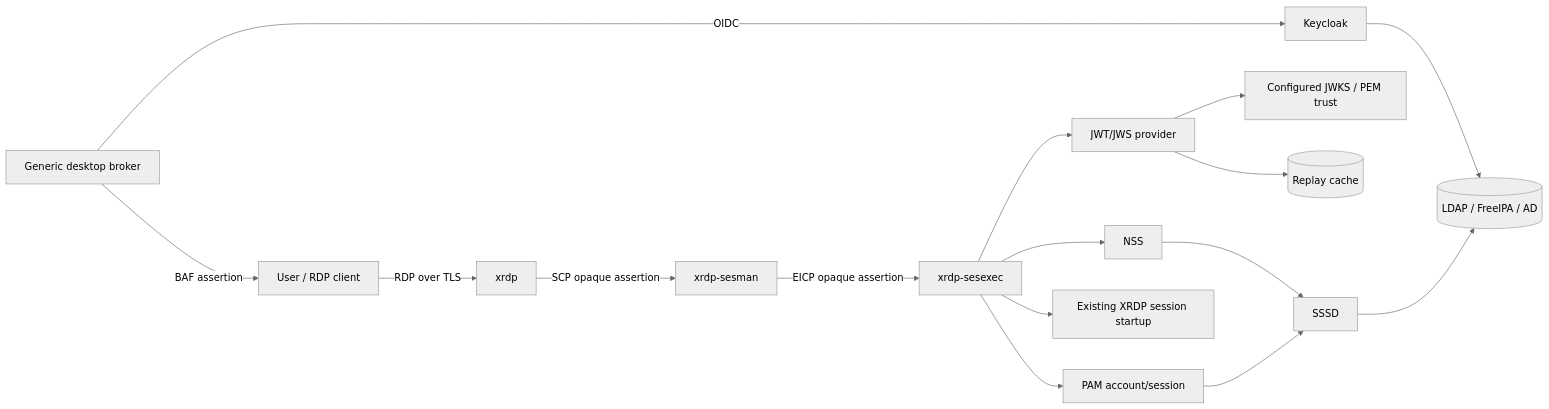
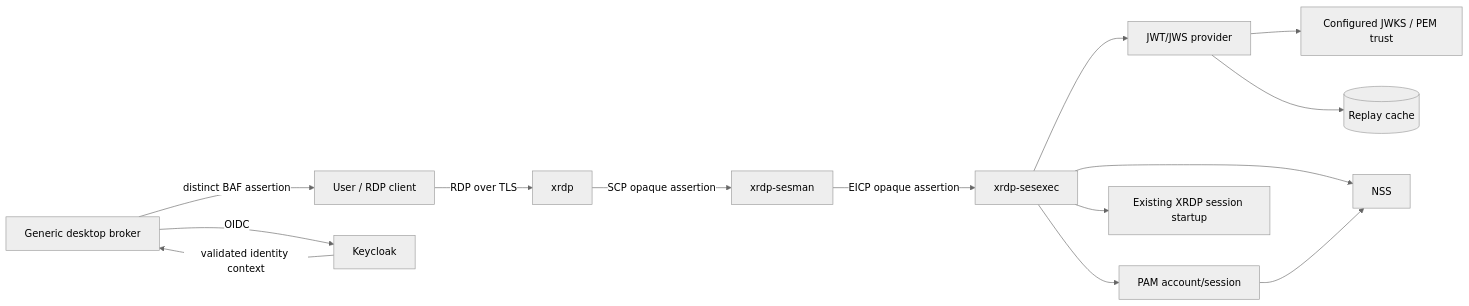
The diagram in specification/diagrams/component-diagram.mmd (risi70/xrdp), drawn with Mermaid (neutral theme) before and after one commit. The commit also changed 63 other files, not shown here.

```diff
--- a/specification/diagrams/component-diagram.mmd
+++ b/specification/diagrams/component-diagram.mmd
@@ -1,16 +1,14 @@
 flowchart LR
   C[User / RDP client] -->|RDP over TLS| X[xrdp]
   B[Generic desktop broker] -->|OIDC| K[Keycloak]
-  K --> D[(LDAP / FreeIPA / AD)]
-  B -->|BAF assertion| C
+  K -->|validated identity context| B
+  B -->|distinct BAF assertion| C
   X -->|SCP opaque assertion| S[xrdp-sesman]
   S -->|EICP opaque assertion| E[xrdp-sesexec]
   E --> V[JWT/JWS provider]
   V --> J[Configured JWKS / PEM trust]
   V --> R[(Replay cache)]
   E --> N[NSS]
-  N --> SS[SSSD]
-  SS --> D
   E --> P[PAM account/session]
-  P --> SS
+  P --> N
   E --> L[Existing XRDP session startup]
```
